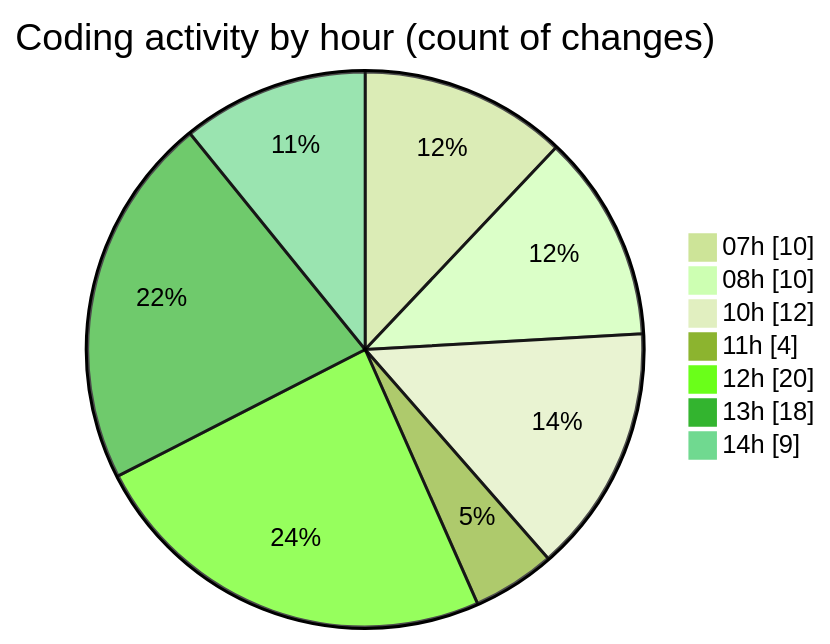
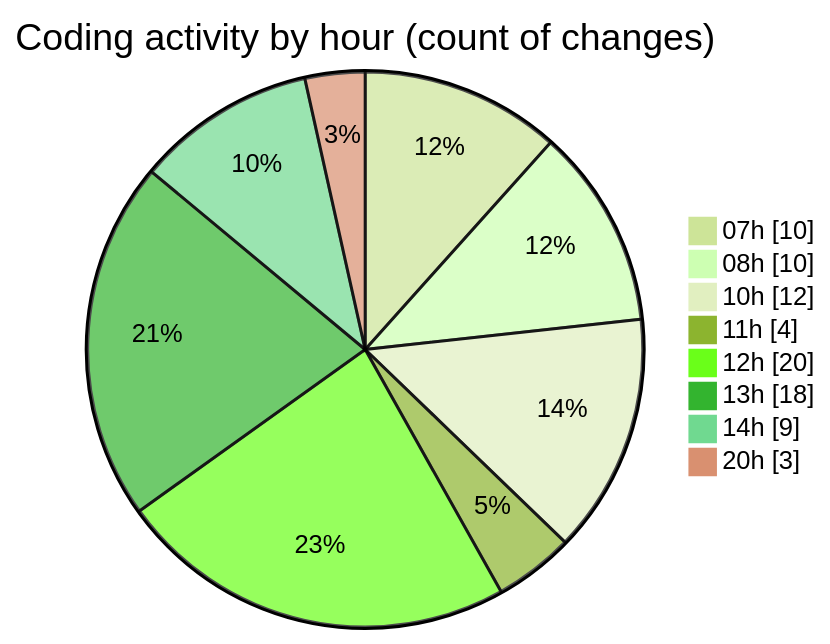
The second of 2 diagrams in 2026-02-08/singularitybrainai/README.md (tmsrecording-cyber/code-tracking), drawn with Mermaid (forest theme) before and after one commit. The commit also changed other lines of this file and 1 other file, not shown here.

````diff
--- a/2026-02-08/singularitybrainai/README.md
+++ b/2026-02-08/singularitybrainai/README.md
@@ -46,11 +46,12 @@
 ```mermaid
 pie showData
 title Coding activity by hour (count of changes)
 "07h" : 10
 "08h" : 10
 "10h" : 12
 "11h" : 4
 "12h" : 20
 "13h" : 18
 "14h" : 9
+"20h" : 3
 ```
````
